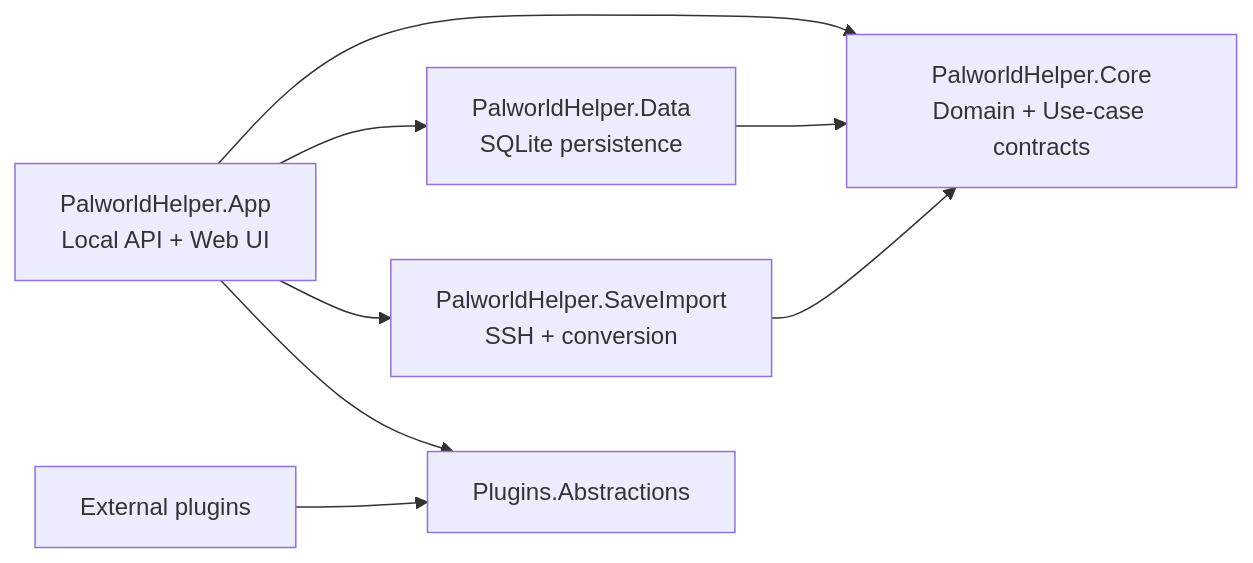
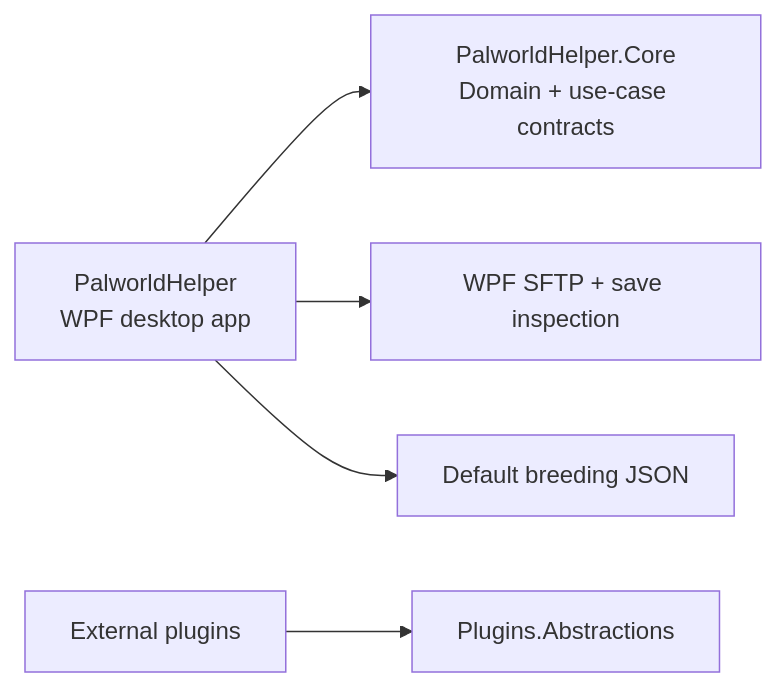
The diagram in docs/ARCHITECTURE.md (lanessear/PalworldHelper), drawn with Mermaid before and after one commit. The commit also changed other lines of this file and 10 other files, not shown here.

Commit message:
Remove unused local web app

````diff
--- a/docs/ARCHITECTURE.md
+++ b/docs/ARCHITECTURE.md
@@ -5,10 +5,7 @@
 ```mermaid
 flowchart LR
-  UI[PalworldHelper.App\nLocal API + Web UI] --> Core[PalworldHelper.Core\nDomain + Use-case contracts]
-  UI --> Data[PalworldHelper.Data\nSQLite persistence]
-  UI --> Import[PalworldHelper.SaveImport\nSSH + conversion]
-  Data --> Core
-  Import --> Core
+  UI[PalworldHelper\nWPF desktop app] --> Core[PalworldHelper.Core\nDomain + use-case contracts]
+  UI --> Import[WPF SFTP + save inspection]
+  UI --> DataFile[Default breeding JSON]
   Plugins[External plugins] --> PluginApi[Plugins.Abstractions]
-  UI --> PluginApi
 ```
````
